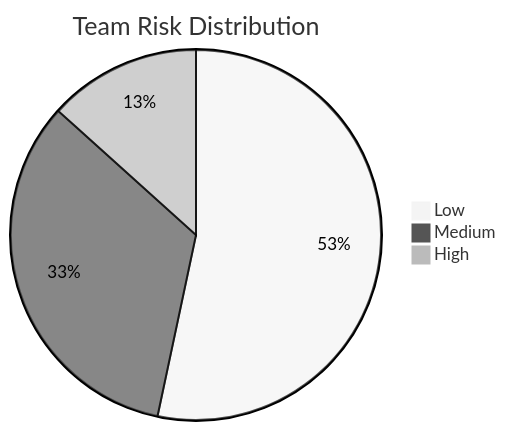
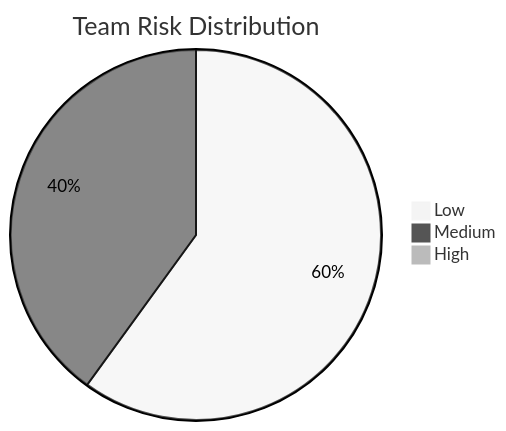
One commit to techsuresh82/fpl-analyzer changed the third of 6 diagrams in fpl_report.md. Above: the diagram before and after it, drawn with Mermaid (neutral theme). The commit also changed other lines of this file, not shown here.

````diff
--- a/fpl_report.md
+++ b/fpl_report.md
@@ -177,6 +145,6 @@
 ```mermaid
 pie title Team Risk Distribution
-    "Low" : 8
-    "Medium" : 5
-    "High" : 2
+    "Low" : 9
+    "Medium" : 6
+    "High" : 0
 ```
````
